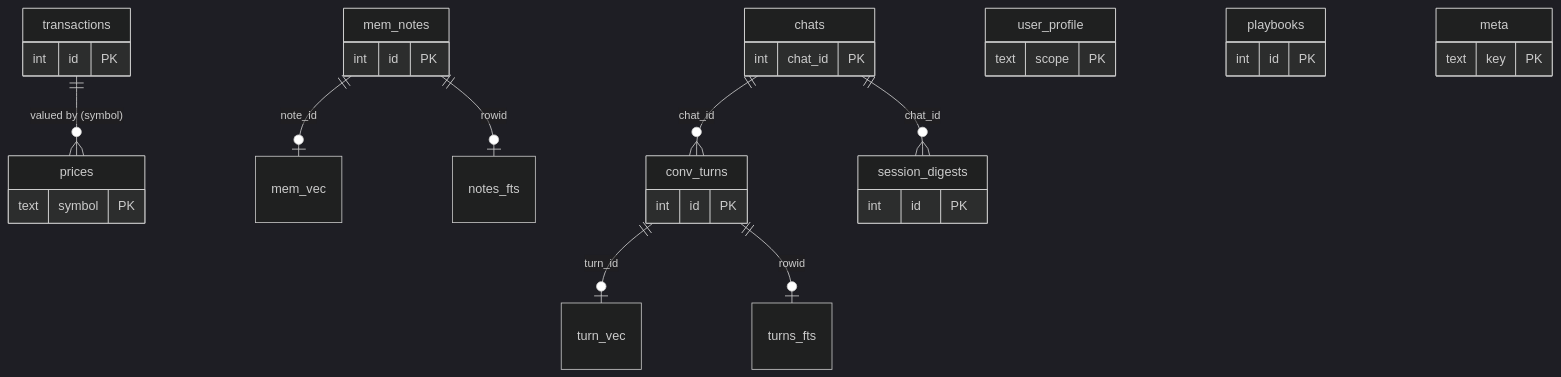
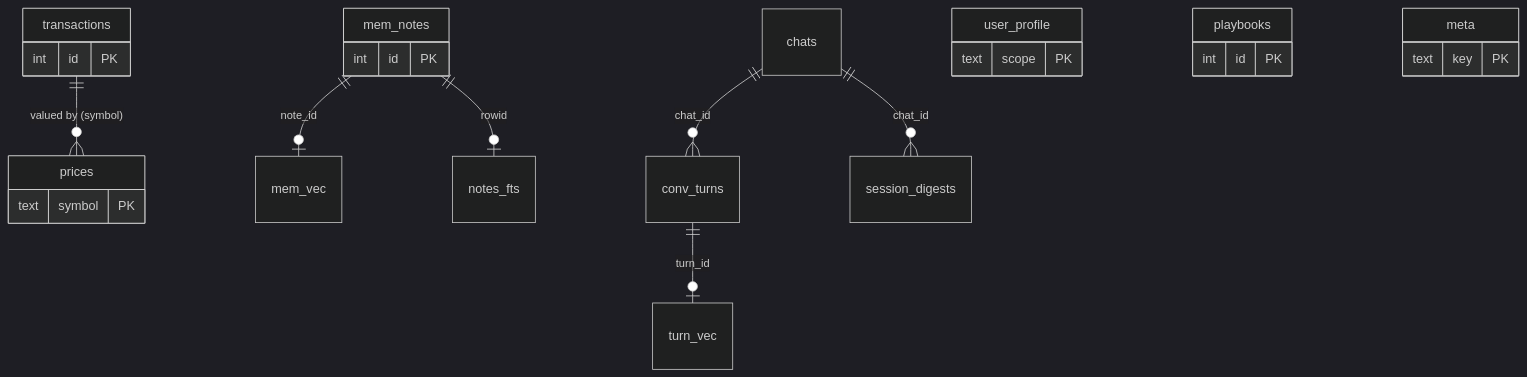
Before and after one commit to cloudaipro/CIOAgent: the second of 5 diagrams in docs/TECHNICAL_REPORT.md, drawn with Mermaid (dark theme). The commit also changed other lines of this file, not shown here.

````diff
--- a/docs/TECHNICAL_REPORT.md
+++ b/docs/TECHNICAL_REPORT.md
@@ -58,20 +80,15 @@
 ```mermaid
 erDiagram
     transactions ||--o{ prices : "valued by (symbol)"
     mem_notes ||--o| mem_vec : "note_id"
     mem_notes ||--o| notes_fts : "rowid"
     conv_turns ||--o| turn_vec : "turn_id"
-    conv_turns ||--o| turns_fts : "rowid"
     chats ||--o{ session_digests : "chat_id"
     chats ||--o{ conv_turns : "chat_id"
-
     transactions { int id PK }
     prices { text symbol PK }
     mem_notes { int id PK }
     user_profile { text scope PK }
-    session_digests { int id PK }
-    conv_turns { int id PK }
     playbooks { int id PK }
-    chats { int chat_id PK }
     meta { text key PK }
 ```
````
